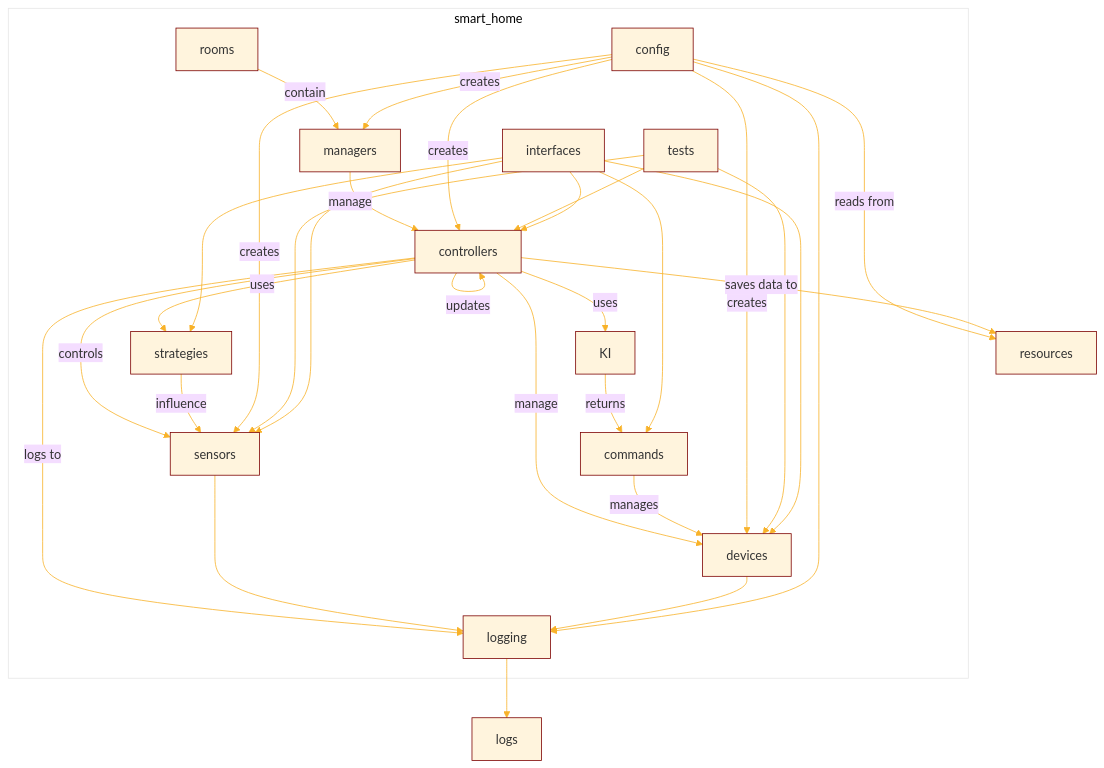
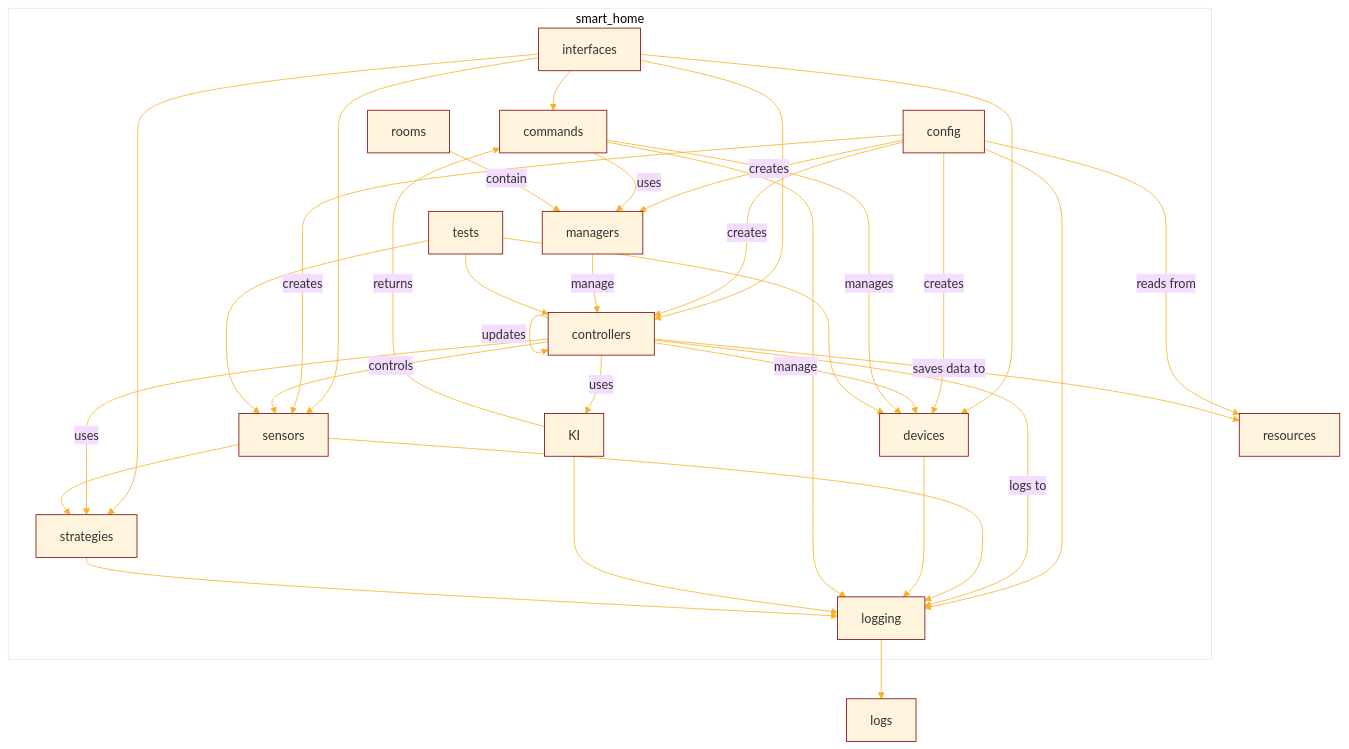
One commit to 930C/PySmartHome changed the third of 6 diagrams in docs/doku.md. Above: the diagram before and after it, drawn with Mermaid. The commit also changed other lines of this file, not shown here.

````diff
--- a/docs/doku.md
+++ b/docs/doku.md
@@ -311,57 +310,61 @@
 ```mermaid
 %%{
   init: {
     'theme': 'base',
     'themeVariables': {
       'primaryBorderColor': '#7C0000',
       'lineColor': '#F8B229',
       'tertiaryColor': '#fff'
     }
   }
 }%%
 graph v
     subgraph smart_home 
         commands["commands"]
         config["config"]
         controllers["controllers"]
         devices["devices"]
         interfaces["interfaces"]
         ki["KI"]
         logging["logging"]
         managers["managers"]
         rooms["rooms"]
         sensors["sensors"]
         strategies["strategies"]
         tests["tests"]
+        interfaces --> controllers
+        interfaces --> devices
+        interfaces --> sensors
+        interfaces --> strategies
+        interfaces -->commands
+        config -->|creates| controllers
+        config -->|creates| devices
+        config -->|creates| sensors
+        config -->|creates| managers
+        config --> logging
         controllers -->|manage| devices
         controllers -->|controls| sensors
         controllers -->|uses| ki
         controllers -->|logs to| logging
         controllers -->|uses| strategies
         controllers -->|updates| controllers
         managers -->|manage| controllers
+        commands -->|uses| managers
         rooms -->|contain| managers
-        strategies -->|influence| sensors
+        sensors --> strategies
         ki -->|returns| commands
         commands -->|manages| devices
-        config -->|creates| controllers
-        config -->|creates| devices
-        config -->|creates| sensors
-        config -->|creates| managers
         tests --> controllers
         tests --> devices
         tests --> sensors
-        interfaces --> controllers
-        interfaces --> devices
-        interfaces --> sensors
-        interfaces --> strategies
-        interfaces -->commands
         sensors --> logging
         devices --> logging
-        config --> logging
+        commands --> logging
+        ki --> logging
+        strategies --> logging
     end
     logging --> logs
     config -->|reads from| resources
     controllers -->|saves data to| resources
     
 ```
````
